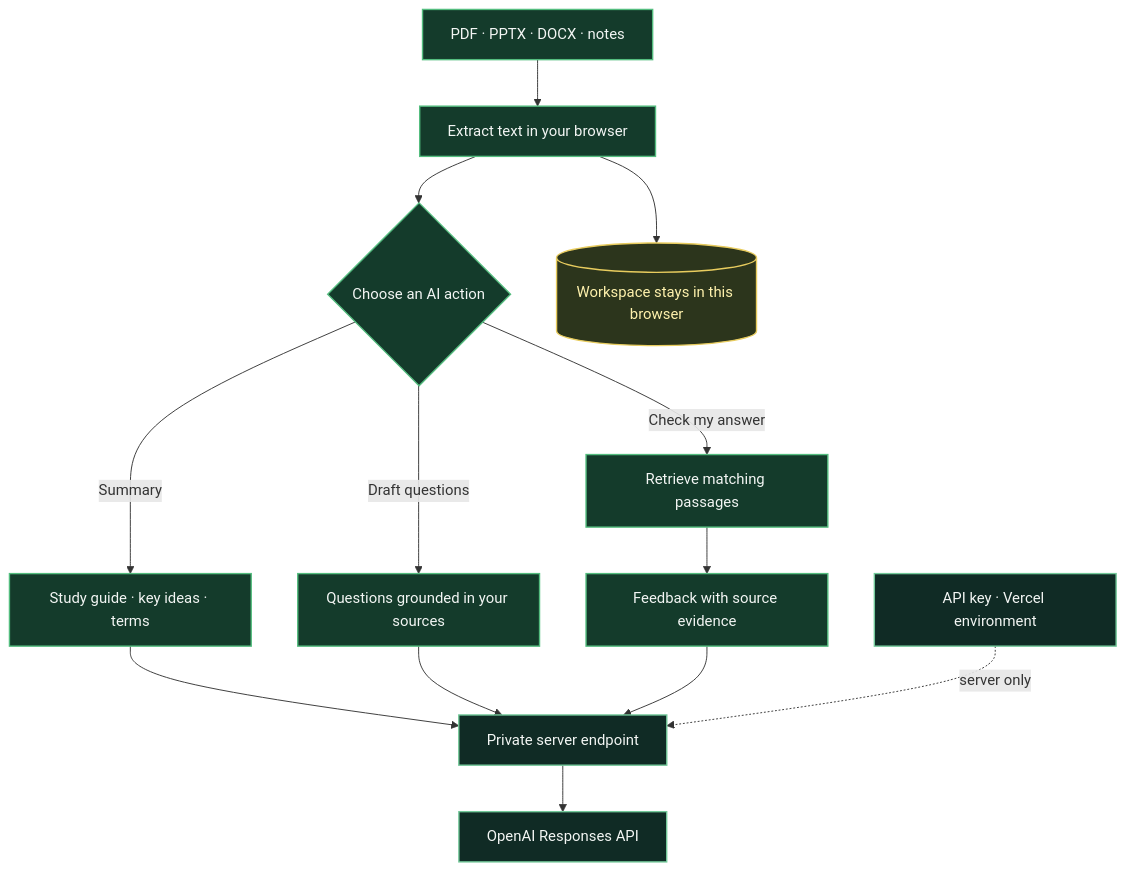
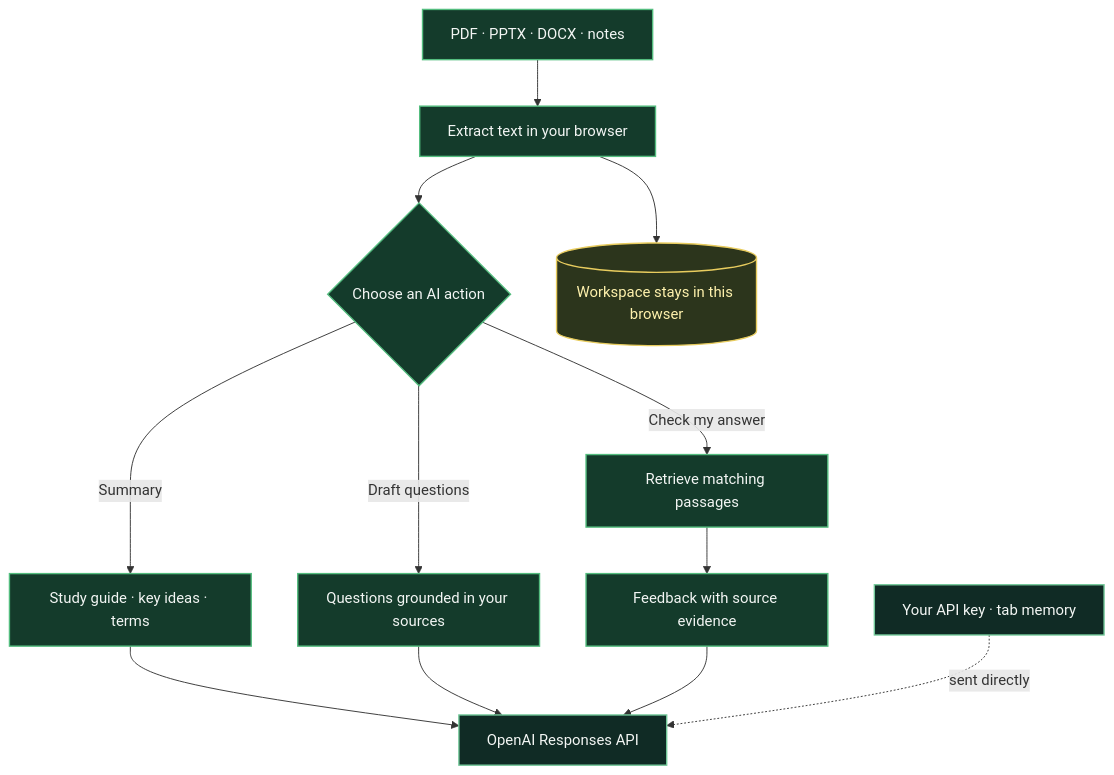
One commit to jaexmachine/recall-loop changed the second of 2 diagrams in README.md. Above: the diagram before and after it, drawn with Mermaid. The commit also changed other lines of this file and 8 other files, not shown here.

````diff
--- a/README.md
+++ b/README.md
@@ -51,21 +51,20 @@
 ```mermaid
 flowchart TD
     A[PDF · PPTX · DOCX · notes] --> B[Extract text in your browser]
     B --> C{Choose an AI action}
     C -->|Summary| D[Study guide · key ideas · terms]
     C -->|Draft questions| E[Questions grounded in your sources]
     C -->|Check my answer| F[Retrieve matching passages]
     F --> G[Feedback with source evidence]
-    D --> H[Private server endpoint]
+    D --> H[OpenAI Responses API]
     E --> H
     G --> H
-    H --> I[OpenAI Responses API]
-    J[API key · Vercel environment] -. server only .-> H
+    J[Your API key · tab memory] -. sent directly .-> H
     B --> K[(Workspace stays in this browser)]
     classDef local fill:#143b2b,stroke:#54bd7f,color:#f3f6f4,stroke-width:1.5px
     classDef server fill:#102b25,stroke:#73c99a,color:#f3f6f4,stroke-width:1.5px
     classDef storage fill:#2c351c,stroke:#e8cc5e,color:#fff2ad,stroke-width:1.5px
     class A,B,C,D,E,F,G local
     class H,I,J server
     class K storage
 ```
````
